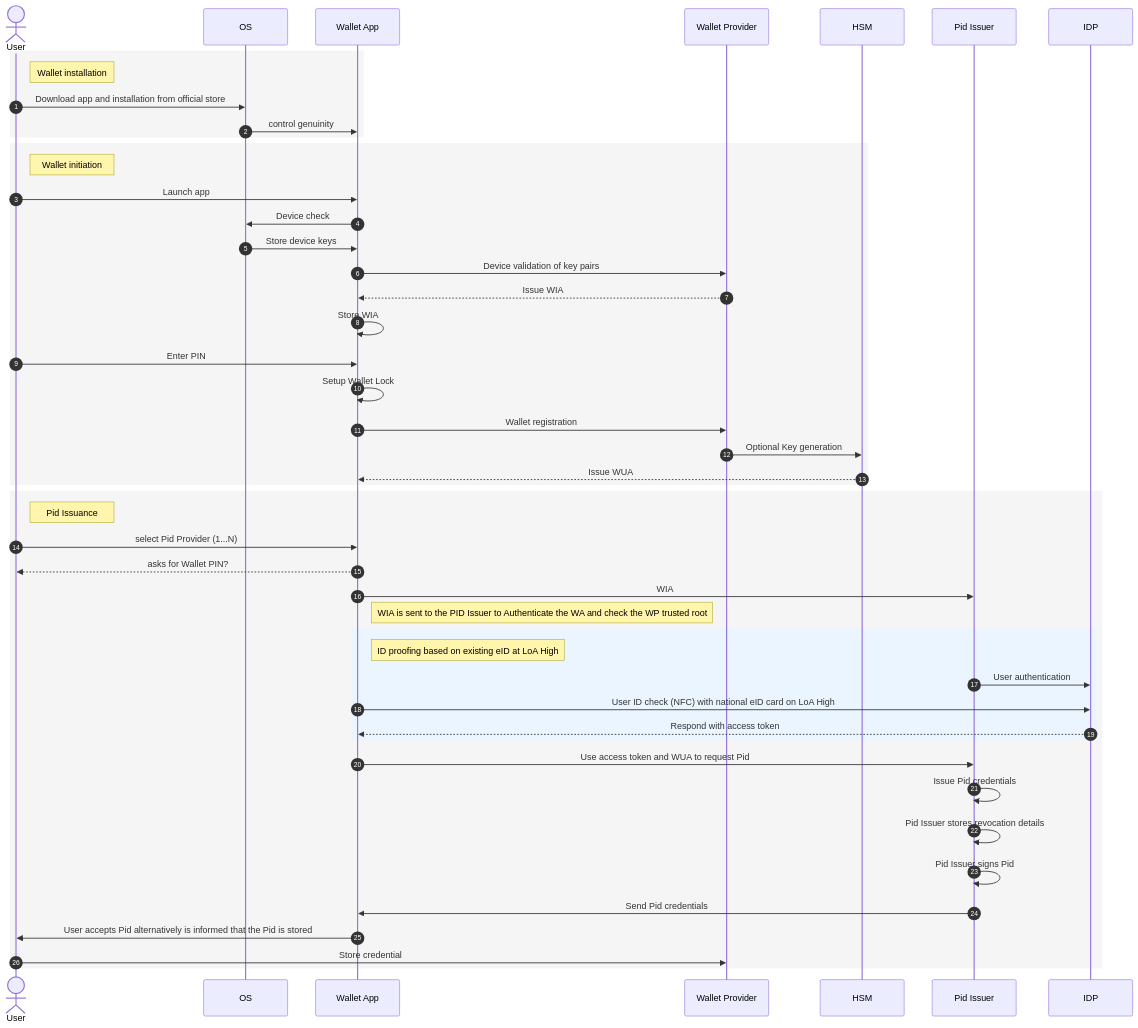
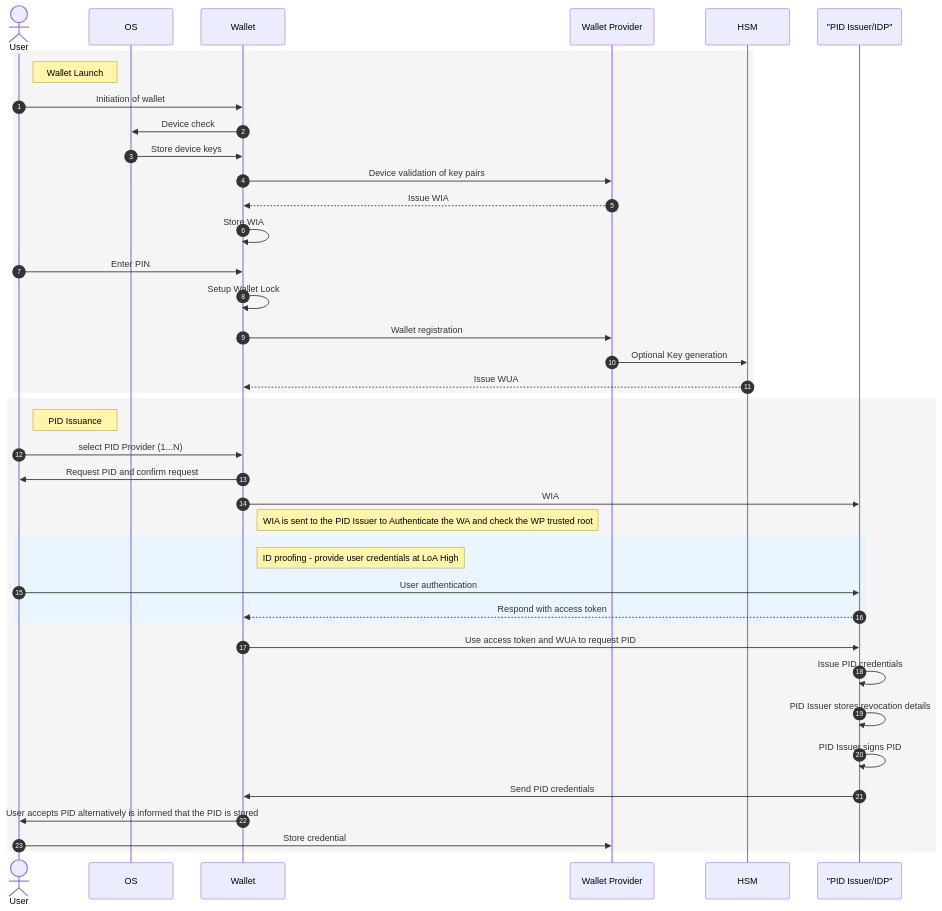
The third of 3 diagrams in blueprint/04-integration-model.md (webuild-consortium/wp4-architecture), drawn with Mermaid before and after one commit. The commit also changed other lines of this file, not shown here.

Commit message:
Update 04-integration-model.md
Add sequence diagram and description

````diff
--- a/blueprint/04-integration-model.md
+++ b/blueprint/04-integration-model.md
@@ -80,55 +87,47 @@
 ```mermaid
 sequenceDiagram
     autonumber
     actor User as User
     participant OS as OS
-    participant WalletApp as Wallet App
+    participant Wallet as Wallet
     participant WalletProvider as Wallet Provider
     participant HSM as HSM
-    participant PidIssuer as Pid Issuer
-    participant IDP as IDP
+    participant PIDIssuer as "PID Issuer/IDP"
 
 rect rgb(245,245,245)
-    Note right of User: Wallet installation
-    User->>OS:Download app and installation from official store
-    OS->>WalletApp:control genuinity
+  Note right of User: Wallet Launch
+    User->>Wallet: Initiation of wallet
+    Wallet->>OS: Device check
+    OS->>Wallet: Store device keys
+    Wallet->>WalletProvider: Device validation of key pairs
+    WalletProvider-->>Wallet: Issue WIA
+    Wallet->>Wallet: Store WIA
+    User->>Wallet: Enter PIN
+    Wallet->>Wallet: Setup Wallet Lock
+    Wallet->>WalletProvider: Wallet registration
+    WalletProvider->>HSM: Optional Key generation
+    HSM-->>Wallet: Issue WUA
 end
 
 rect rgb(245,245,245)
-    Note right of User: Wallet initiation
-    User->>WalletApp:Launch app
-    WalletApp->>OS:Device check
-    OS->>WalletApp:Store device keys
-    WalletApp->>WalletProvider:Device validation of key pairs
-    WalletProvider-->>WalletApp:Issue WIA
-    WalletApp->>WalletApp:Store WIA
-    User->>WalletApp:Enter PIN
-    WalletApp->>WalletApp:Setup Wallet Lock
-    WalletApp->>WalletProvider:Wallet registration
-    WalletProvider->>HSM:Optional Key generation
-    HSM-->>WalletApp:Issue WUA
-end
+    Note right of User: PID Issuance
+    User->>Wallet: select PID Provider (1...N)
+    Wallet->>User: Request PID and confirm request
+    Wallet->>PIDIssuer: WIA
+    Note right of Wallet: WIA is sent to the PID Issuer to Authenticate the WA and check the WP trusted root
 
- rect rgb(245,245,245)
-    Note right of User: Pid Issuance
-    User->>WalletApp: select Pid Provider (1...N)
-    WalletApp-->>User: asks for Wallet PIN?
-    WalletApp->>PidIssuer: WIA
-    Note right of WalletApp:WIA is sent to the PID Issuer to Authenticate the WA and check the WP trusted root
+    rect rgb(235,245,255)
+        Note right of Wallet: ID proofing - provide user credentials at LoA High
+        User->>PIDIssuer: User authentication
+        PIDIssuer-->>Wallet: Respond with access token
+    end
 
-  rect rgb(235,245,255)
-    Note right of WalletApp: ID proofing based on existing eID at LoA High
-    PidIssuer->>IDP:User authentication
-    WalletApp->>IDP:User ID check (NFC) with national eID card on LoA High
-    IDP-->>WalletApp:Respond with access token
-  end
-
-    WalletApp->>PidIssuer:Use access token and WUA to request Pid
-    PidIssuer->>PidIssuer:Issue Pid credentials
-    PidIssuer->>PidIssuer:Pid Issuer stores revocation details
-    PidIssuer->>PidIssuer:Pid Issuer signs Pid
-    PidIssuer->>WalletApp:Send Pid credentials
-    WalletApp->>User:User accepts Pid alternatively is informed that the Pid is stored
-    User->>WalletProvider:Store credential
+    Wallet->>PIDIssuer: Use access token and WUA to request PID
+    PIDIssuer->>PIDIssuer: Issue PID credentials
+    PIDIssuer->>PIDIssuer: PID Issuer stores revocation details
+    PIDIssuer->>PIDIssuer: PID Issuer signs PID
+    PIDIssuer->>Wallet: Send PID credentials
+    Wallet->>User: User accepts PID alternatively is informed that the PID is stored
+    User->>WalletProvider: Store credential
 end
 ```
````
